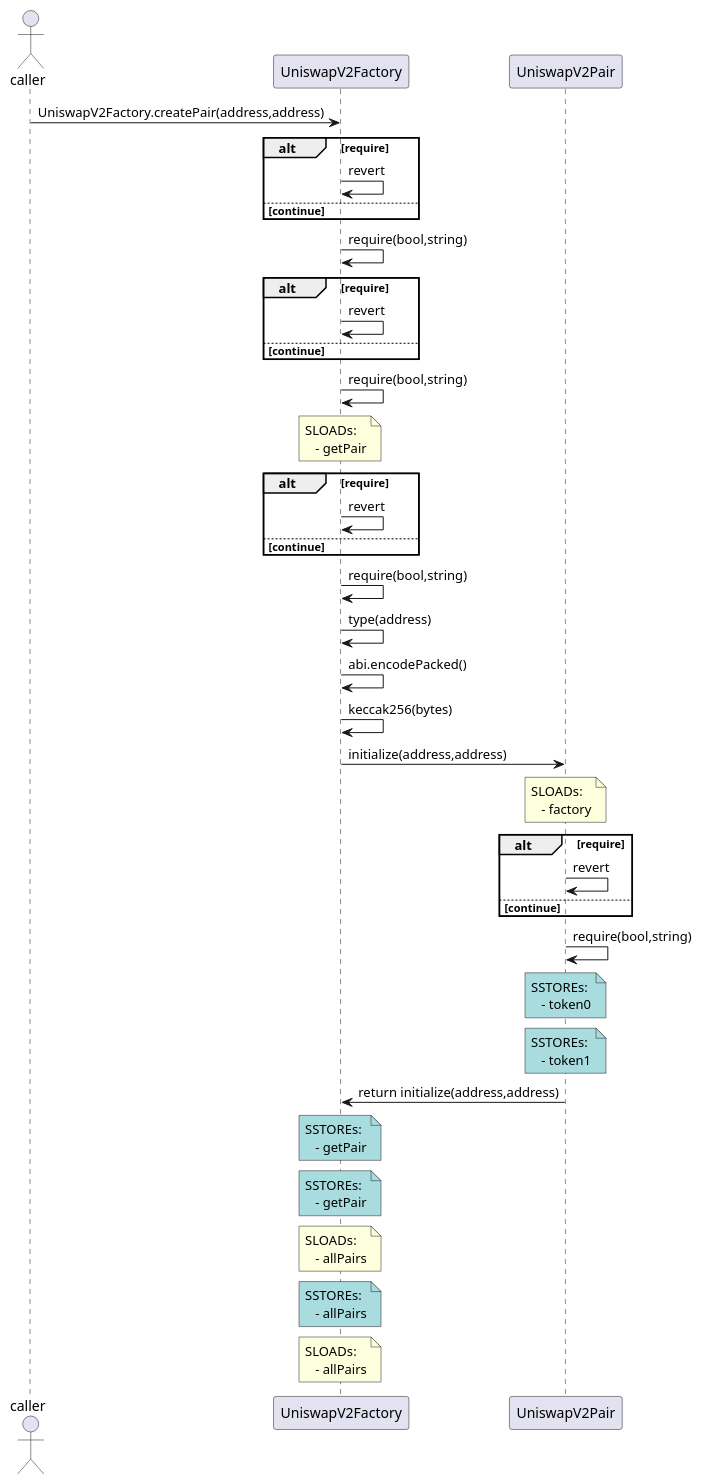
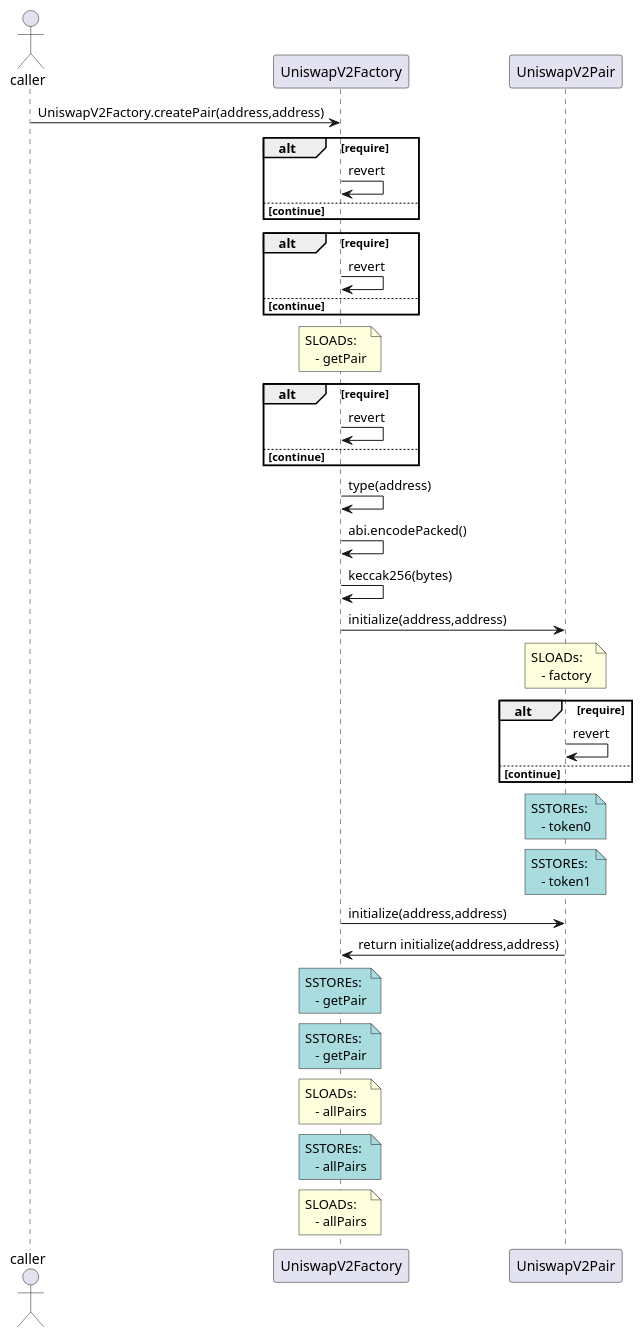
One commit to NoahMarconi/ethwaterloo-2023 changed the diagram in examples/printers/univ2/contracts/UniswapV2Factory.sol-UniswapV2FactorycreatePairaddressaddress.puml. Above: the diagram before and after it, drawn with PlantUML. The commit also changed 4 other files, not shown here.

Commit message:
update diagrams

```diff
--- a/examples/printers/univ2/contracts/UniswapV2Factory.sol-UniswapV2FactorycreatePairaddressaddress.puml
+++ b/examples/printers/univ2/contracts/UniswapV2Factory.sol-UniswapV2FactorycreatePairaddressaddress.puml
@@ -1,46 +1,43 @@
 @startuml
 actor caller 
 caller -> UniswapV2Factory: UniswapV2Factory.createPair(address,address) 
  alt require 
 
 	 UniswapV2Factory -> UniswapV2Factory:  revert 
  else continue 
  end 
  
- UniswapV2Factory -> UniswapV2Factory: require(bool,string) 
  alt require 
 
 	 UniswapV2Factory -> UniswapV2Factory:  revert 
  else continue 
  end 
- 
- UniswapV2Factory -> UniswapV2Factory: require(bool,string)
+
 note over UniswapV2Factory: SLOADs: \n   - getPair 
  alt require 
 
 	 UniswapV2Factory -> UniswapV2Factory:  revert 
  else continue 
  end 
  
- UniswapV2Factory -> UniswapV2Factory: require(bool,string) 
  UniswapV2Factory -> UniswapV2Factory: type(address) 
  UniswapV2Factory -> UniswapV2Factory: abi.encodePacked() 
  UniswapV2Factory -> UniswapV2Factory: keccak256(bytes) 
 UniswapV2Factory -> UniswapV2Pair: initialize(address,address)
 note over UniswapV2Pair: SLOADs: \n   - factory 
  alt require 
 
 	 UniswapV2Pair -> UniswapV2Pair:  revert 
  else continue 
  end 
  
- UniswapV2Pair -> UniswapV2Pair: require(bool,string) 
 note over UniswapV2Pair #A9DCDF: SSTOREs: \n   - token0 
 note over UniswapV2Pair #A9DCDF: SSTOREs: \n   - token1 
+UniswapV2Factory -> UniswapV2Pair: initialize(address,address) 
  UniswapV2Factory <- UniswapV2Pair: return initialize(address,address) 
 note over UniswapV2Factory #A9DCDF: SSTOREs: \n   - getPair 
 note over UniswapV2Factory #A9DCDF: SSTOREs: \n   - getPair
 note over UniswapV2Factory: SLOADs: \n   - allPairs 
 note over UniswapV2Factory #A9DCDF: SSTOREs: \n   - allPairs
 note over UniswapV2Factory: SLOADs: \n   - allPairs
 @enduml
```
